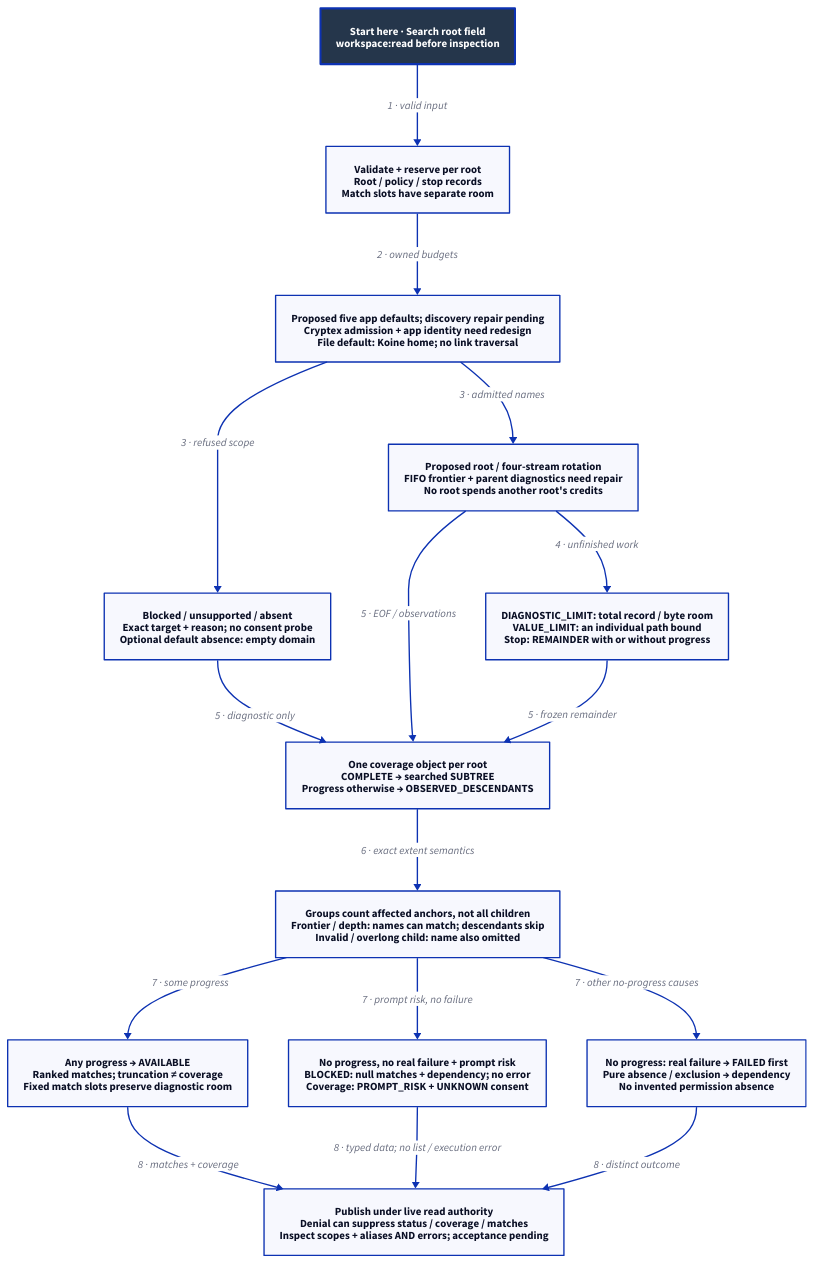
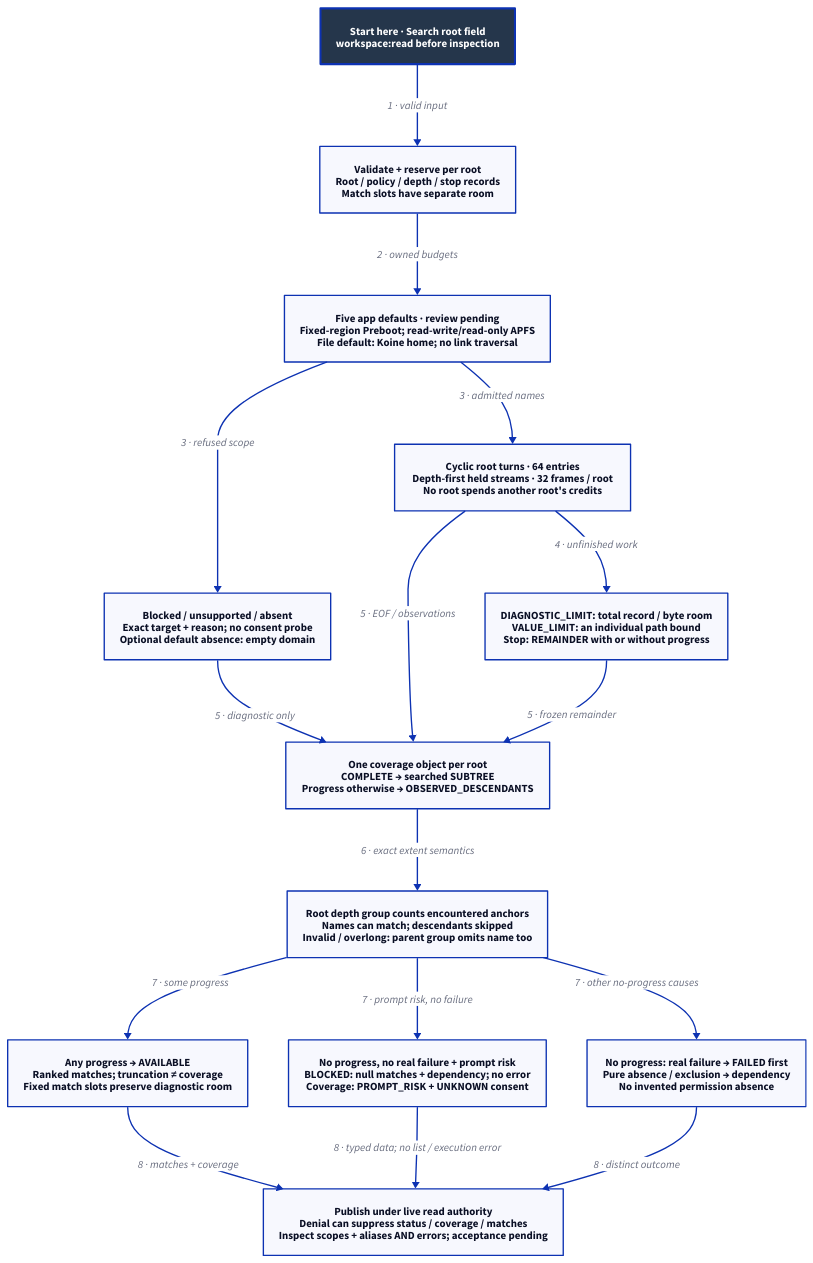
Before and after one commit to Linkuistics/Koine: the diagram in docs/design/architecture/search-coverage.d2, drawn with D2. The commit also changed 20 other files, not shown here.

Commit message:
search-defaults-k101: design fixed-region Preboot admission, depth-first root traversal and canonical application identity; schedule search-defaults-k102 review

```diff
--- a/docs/design/architecture/search-coverage.d2
+++ b/docs/design/architecture/search-coverage.d2
@@ -1,32 +1,32 @@
 # Designed flow; arrows show order/guards, not checked temporal guarantees.
 direction: down
 classes: {
   start: {style: {fill: "#25364B"; font-color: "#FFFFFF"; bold: true; stroke-width: 3}}
 }
 Start: "Start here · Search root field\nworkspace:read before inspection" {class: start}
-Reserve: "Validate + reserve per root\nRoot / policy / stop records\nMatch slots have separate room"
-Admission: "Proposed five app defaults; discovery repair pending\nCryptex admission + app identity need redesign\nFile default: Koine home; no link traversal"
+Reserve: "Validate + reserve per root\nRoot / policy / depth / stop records\nMatch slots have separate room"
+Admission: "Five app defaults · review pending\nFixed-region Preboot; read-write/read-only APFS\nFile default: Koine home; no link traversal"
 Skip: "Blocked / unsupported / absent\nExact target + reason; no consent probe\nOptional default absence: empty domain"
-Scan: "Proposed root / four-stream rotation\nFIFO frontier + parent diagnostics need repair\nNo root spends another root's credits"
+Scan: "Cyclic root turns · 64 entries\nDepth-first held streams · 32 frames / root\nNo root spends another root's credits"
 Bounds: "DIAGNOSTIC_LIMIT: total record / byte room\nVALUE_LIMIT: an individual path bound\nStop: REMAINDER with or without progress"
 Coverage: "One coverage object per root\nCOMPLETE → searched SUBTREE\nProgress otherwise → OBSERVED_DESCENDANTS"
-Groups: "Groups count affected anchors, not all children\nFrontier / depth: names can match; descendants skip\nInvalid / overlong child: name also omitted"
+Groups: "Root depth group counts encountered anchors\nNames can match; descendants skipped\nInvalid / overlong: parent group omits name too"
 Available: "Any progress → AVAILABLE\nRanked matches; truncation ≠ coverage\nFixed match slots preserve diagnostic room"
 Blocked: "No progress, no real failure + prompt risk\nBLOCKED: null matches + dependency; no error\nCoverage: PROMPT_RISK + UNKNOWN consent"
 Other: "No progress: real failure → FAILED first\nPure absence / exclusion → dependency\nNo invented permission absence"
 Publish: "Publish under live read authority\nDenial can suppress status / coverage / matches\nInspect scopes + aliases AND errors; acceptance pending"
 Start -> Reserve: "1 · valid input"
 Reserve -> Admission: "2 · owned budgets"
 Admission -> Skip: "3 · refused scope"
 Admission -> Scan: "3 · admitted names"
 Scan -> Bounds: "4 · unfinished work"
 Skip -> Coverage: "5 · diagnostic only"
 Scan -> Coverage: "5 · EOF / observations"
 Bounds -> Coverage: "5 · frozen remainder"
 Coverage -> Groups: "6 · exact extent semantics"
 Groups -> Available: "7 · some progress"
 Groups -> Blocked: "7 · prompt risk, no failure"
 Groups -> Other: "7 · other no-progress causes"
 Available -> Publish: "8 · matches + coverage"
 Blocked -> Publish: "8 · typed data; no list / execution error"
 Other -> Publish: "8 · distinct outcome"
```
